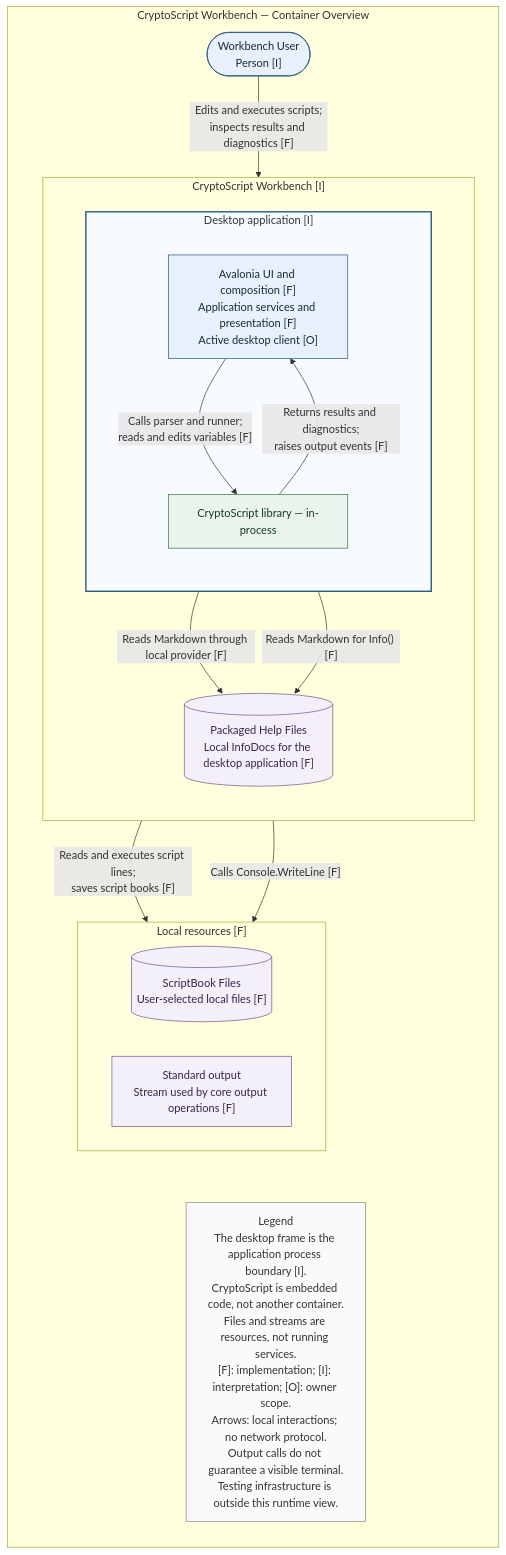
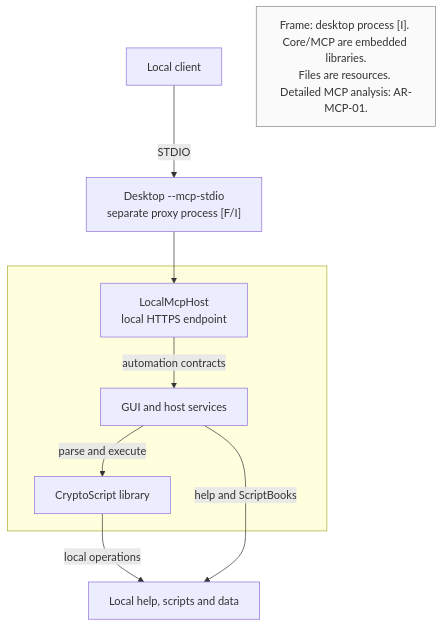
Before and after one commit to tkbss/CryptoWorkBench: the diagram in docs/architecture/diagrams/02-container-overview.mmd, drawn with Mermaid. The commit also changed 57 other files, not shown here.

Commit message:
docs(architecture): reconcile bilingual architecture chapters 1-4

```diff
--- a/docs/architecture/diagrams/02-container-overview.mmd
+++ b/docs/architecture/diagrams/02-container-overview.mmd
@@ -1,46 +1,21 @@
-%% Diagram: D02-CONTAINERS
-%% Implementation baseline: d3099c80af3891ad54444e544f528c9c5ed6b93f
-%% Documentation baseline: 5c4b15d8487348ff904a04e9907caf9e00e868a0
-%% Evidence: ../evidence/02-system-overview-baseline.md, D02-CONTAINERS and O05
+%% AR-01; baseline fbbadae2f68b015ccedfea92ce8bba4cd7737ecb; evidence R01-R16
+%% Diagram identity 02-container-overview.mmd
 flowchart TB
-    subgraph Diagram["CryptoScript Workbench — Container Overview"]
-        direction TB
-        User(["Workbench User<br/>Person [I]"])
-        subgraph Workbench["CryptoScript Workbench [I]"]
-            direction TB
-            subgraph Desktop["Desktop application [I]"]
-                direction TB
-                DesktopClient["Avalonia UI and composition [F]<br/>Application services and presentation [F]<br/>Active desktop client [O]"]
-                DesktopCore["CryptoScript library — in-process"]
-                DesktopClient -->|"Calls parser and runner;<br/>reads and edits variables [F]"| DesktopCore
-                DesktopCore -->|"Returns results and diagnostics;<br/>raises output events [F]"| DesktopClient
-            end
-            HelpFiles[("Packaged Help Files<br/>Local InfoDocs for the desktop application [F]")]
-        end
-        subgraph Environment["Local resources [F]"]
-            direction LR
-            ScriptBooks[("ScriptBook Files<br/>User-selected local files [F]")]
-            Output["Standard output<br/>Stream used by core output operations [F]"]
-        end
-        User -->|"Edits and executes scripts;<br/>inspects results and diagnostics [F]"| DesktopClient
-        DesktopClient -->|"Reads and executes script lines;<br/>saves script books [F]"| ScriptBooks
-        DesktopClient -->|"Reads Markdown through local provider [F]"| HelpFiles
-        DesktopCore -->|"Reads Markdown for Info() [F]"| HelpFiles
-        DesktopCore -->|"Calls Console.WriteLine [F]"| Output
-        Legend["Legend<br/>The desktop frame is the application process boundary [I].<br/>CryptoScript is embedded code, not another container.<br/>Files and streams are resources, not running services.<br/>[F]: implementation; [I]: interpretation; [O]: owner scope.<br/>Arrows: local interactions; no network protocol.<br/>Output calls do not guarantee a visible terminal.<br/>Testing infrastructure is outside this runtime view."]
-        %% Invisible links position the legend; they are not architectural relationships.
-        HelpFiles ~~~ Legend
-        ScriptBooks ~~~ Legend
-        Output ~~~ Legend
+    Client["Local client"]
+    Proxy["Desktop --mcp-stdio<br/>separate proxy process [F/I]"]
+    Files["Local help, scripts and data"]
+    %% The legend names this frame; keep entering edges clear of a title.
+    subgraph Desktop[" "]
+        Mcp["LocalMcpHost<br/>local HTTPS endpoint"]
+        Host["GUI and host services"]
+        Core["CryptoScript library"]
     end
-    classDef person fill:#e8f1fb,stroke:#285780,color:#162b3d
-    classDef app fill:#e8f1fb,stroke:#285780,color:#162b3d
-    classDef library fill:#eaf4ed,stroke:#357348,color:#173b23
-    classDef resource fill:#f4f0fa,stroke:#72518f,color:#382348
+    Client -->|"STDIO"| Proxy
+    Proxy --> Mcp
+    Mcp -->|"automation contracts"| Host
+    Host -->|"parse and execute"| Core
+    Core -->|"local operations"| Files
+    Host -->|"help and ScriptBooks"| Files
+    Legend["Frame: desktop process [I]. Core/MCP are embedded libraries.<br/>Files are resources. Detailed MCP analysis: AR-MCP-01."]
     classDef note fill:#fafafa,stroke:#888888,color:#333333
-    class User person
-    class DesktopClient app
-    class DesktopCore library
-    class HelpFiles,ScriptBooks,Output resource
     class Legend note
-    style Desktop fill:#f7fbff,stroke:#285780,stroke-width:2px
```
